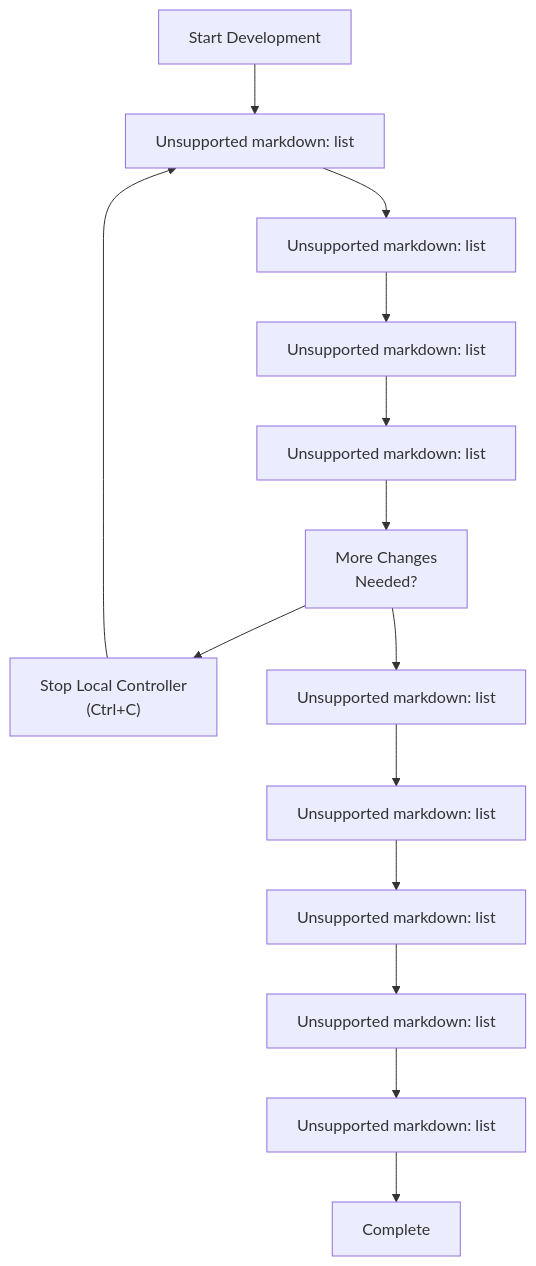
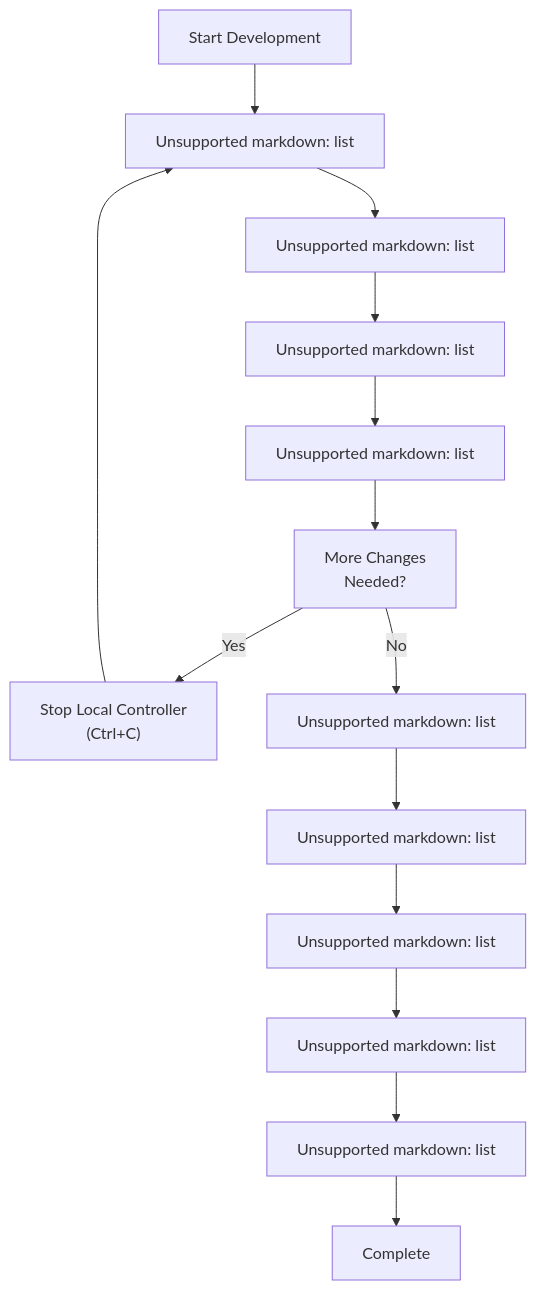
The fifth of 5 diagrams in docs/deepwiki/Development-Environment-Setup.md (openchoreo/openchoreo), drawn with Mermaid before and after one commit. The commit also changed other lines of this file and 85 other files, not shown here.

Commit message:
feat: Add new workflow and specification templates, update Helm chart dependencies, and clarify documentation diagrams.

````diff
--- a/docs/deepwiki/Development-Environment-Setup.md
+++ b/docs/deepwiki/Development-Environment-Setup.md
@@ -484,31 +484,31 @@
 ```mermaid
 flowchart TD
 
 Start["Start Development"]
 WriteCode["Unsupported markdown: list"]
 RunLocal["Unsupported markdown: list"]
 Test["Unsupported markdown: list"]
 Debug["Unsupported markdown: list"]
 MoreChanges["More Changes<br>Needed?"]
 StopCtrl["Stop Local Controller<br>(Ctrl+C)"]
 Lint["Unsupported markdown: list"]
 UnitTest["Unsupported markdown: list"]
 CodeGen["Unsupported markdown: list"]
 BuildDocker["Unsupported markdown: list"]
 TestInCluster["Unsupported markdown: list"]
 Complete["Complete"]
 
 Start --> WriteCode
 WriteCode --> RunLocal
 RunLocal --> Test
 Test --> Debug
 Debug --> MoreChanges
-MoreChanges --> StopCtrl
+MoreChanges -->|"Yes"| StopCtrl
 StopCtrl --> WriteCode
-MoreChanges --> Lint
+MoreChanges -->|"No"| Lint
 Lint --> UnitTest
 UnitTest --> CodeGen
 CodeGen --> BuildDocker
 BuildDocker --> TestInCluster
 TestInCluster --> Complete
 ```
````
